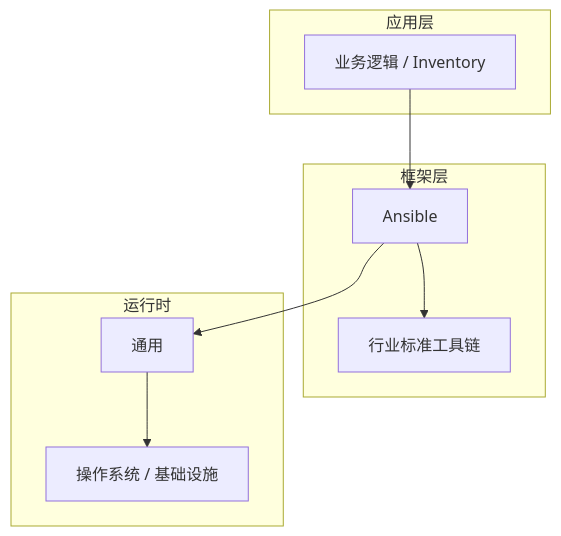
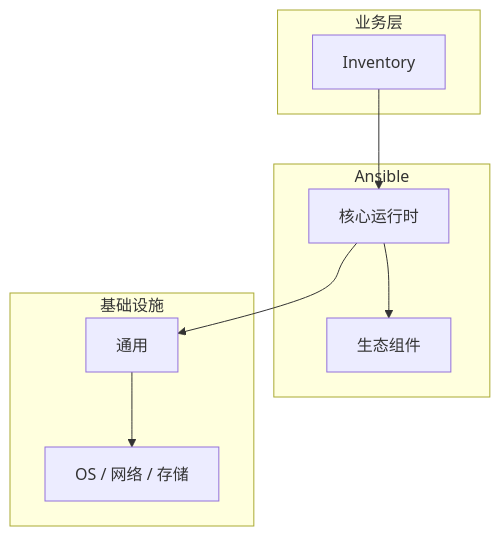
The diagram in articles/Ansible/chapters/006-Inventory核心概念与原理.md (yanggan2015/knowledge-json-v2), drawn with Mermaid before and after one commit. The commit also changed other lines of this file and 10127 other files, not shown here.

````diff
--- a/articles/Ansible/chapters/006-Inventory核心概念与原理.md
+++ b/articles/Ansible/chapters/006-Inventory核心概念与原理.md
@@ -45,18 +34,18 @@
 ```mermaid
 graph TB
-    subgraph 应用层
-        A[业务逻辑 / Inventory]
+    subgraph 业务层
+        A[Inventory]
     end
-    subgraph 框架层
-        B[Ansible]
-        C[行业标准工具链]
+    subgraph Ansible
+        B[核心运行时]
+        C[生态组件]
     end
-    subgraph 运行时
+    subgraph 基础设施
         D[通用]
-        E[操作系统 / 基础设施]
+        E[OS / 网络 / 存储]
     end
     A --> B
     B --> C
     B --> D
     D --> E
 ```
````
